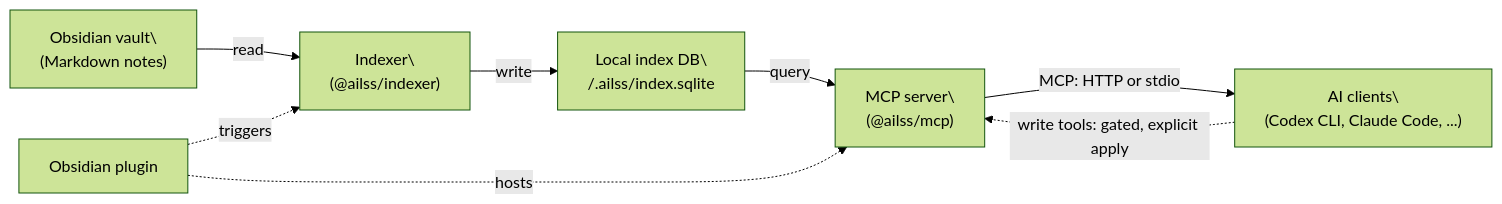
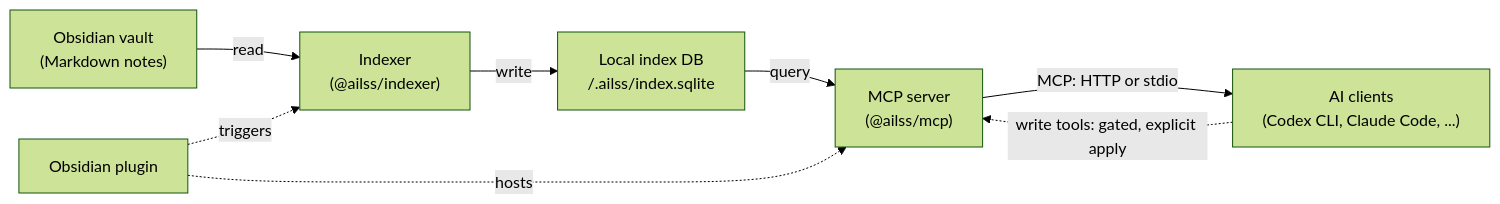
Before and after one commit to maehwasoo/AILSS: the second of 3 diagrams in README.md, drawn with Mermaid (forest theme). The commit also changed other lines of this file, not shown here.

Commit message:
docs(docs): rename heading and fix mermaid line breaks

````diff
--- a/README.md
+++ b/README.md
@@ -37,17 +37,17 @@
 ```mermaid
 flowchart LR
-  vault["Obsidian vault\\n(Markdown notes)"]
-  db["Local index DB\\n<vault>/.ailss/index.sqlite"]
+  vault["Obsidian vault<br/>(Markdown notes)"]
+  db["Local index DB<br/><vault>/.ailss/index.sqlite"]
 
-  indexer["Indexer\\n(@ailss/indexer)"]
-  mcpServer["MCP server\\n(@ailss/mcp)"]
-  clients["AI clients\\n(Codex CLI, Claude Code, ...)"]
+  indexer["Indexer<br/>(@ailss/indexer)"]
+  mcpServer["MCP server<br/>(@ailss/mcp)"]
+  clients["AI clients<br/>(Codex CLI, Claude Code, ...)"]
   obsidian["Obsidian plugin"]
 
   vault -->|read| indexer -->|write| db
   db -->|query| mcpServer -->|MCP: HTTP or stdio| clients
 
   obsidian -.->|triggers| indexer
   obsidian -.->|hosts| mcpServer
   clients -.->|write tools: gated, explicit apply| mcpServer
 ```
````
